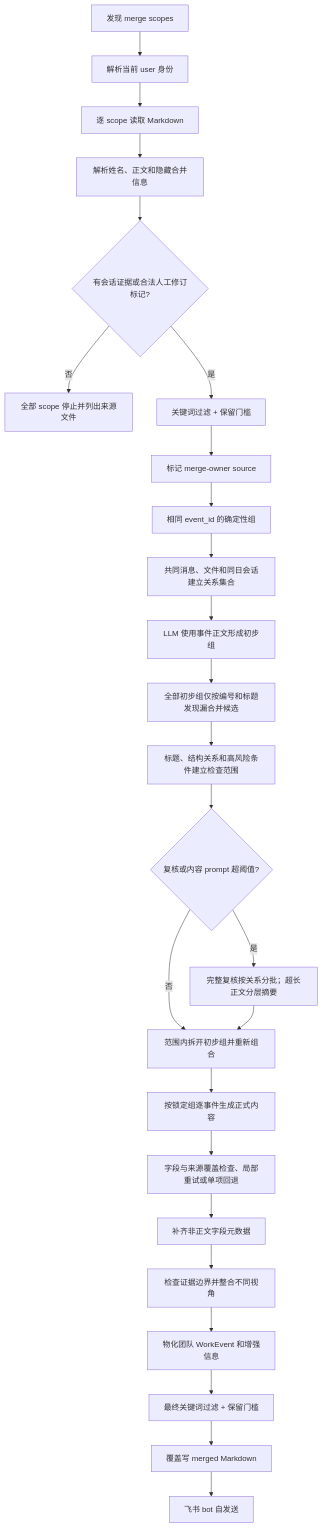
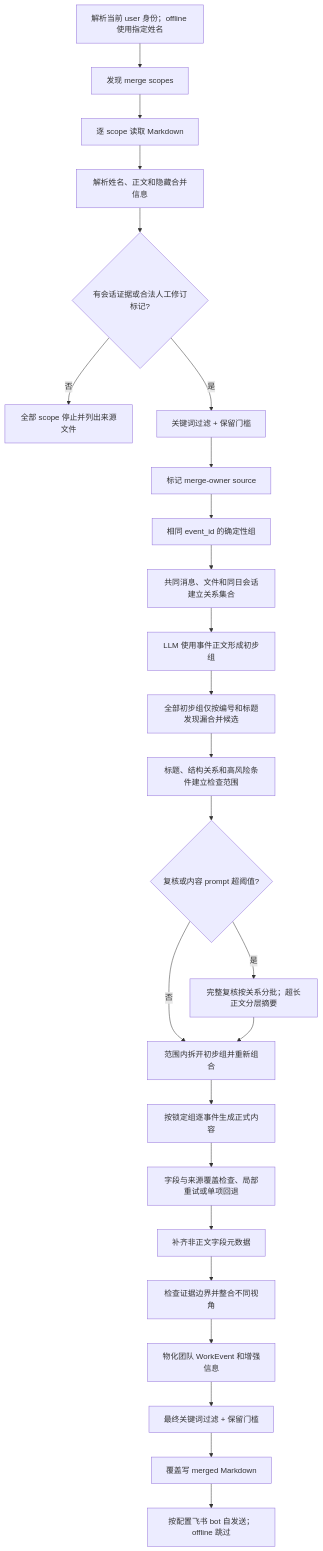
One commit to sunweisheng/WorkTrace changed the diagram in docs/collected-people-merge-plan.md. Above: the diagram before and after it, drawn with Mermaid. The commit also changed other lines of this file and 23 other files, not shown here.

````diff
--- a/docs/collected-people-merge-plan.md
+++ b/docs/collected-people-merge-plan.md
@@ -70,27 +70,27 @@
 ```mermaid
 flowchart TD
-    A["发现 merge scopes"] --> B["解析当前 user 身份"]
+    A["解析当前 user 身份；offline 使用指定姓名"] --> B["发现 merge scopes"]
     B --> C["逐 scope 读取 Markdown"]
     C --> D["解析姓名、正文和隐藏合并信息"]
     D --> E{"有会话证据或合法人工修订标记?"}
     E -->|"否"| X["全部 scope 停止并列出来源文件"]
     E -->|"是"| F["关键词过滤 + 保留门槛"]
     F --> G["标记 merge-owner source"]
     G --> H["相同 event_id 的确定性组"]
     H --> I["共同消息、文件和同日会话建立关系集合"]
     I --> J["LLM 使用事件正文形成初步组"]
     J --> J1["全部初步组仅按编号和标题发现漏合并候选"]
     J1 --> R["标题、结构关系和高风险条件建立检查范围"]
     R --> K{"复核或内容 prompt 超阈值?"}
     K -->|"是"| L["完整复核按关系分批；超长正文分层摘要"]
     K -->|"否"| V["范围内拆开初步组并重新组合"]
     L --> V
     V --> M["按锁定组逐事件生成正式内容"]
     M --> N["字段与来源覆盖检查、局部重试或单项回退"]
     N --> O["补齐非正文字段元数据"]
     O --> P["检查证据边界并整合不同视角"]
     P --> Q["物化团队 WorkEvent 和增强信息"]
     Q --> Z["最终关键词过滤 + 保留门槛"]
     Z --> S["覆盖写 merged Markdown"]
-    S --> T["飞书 bot 自发送"]
+    S --> T["按配置飞书 bot 自发送；offline 跳过"]
 ```
````
